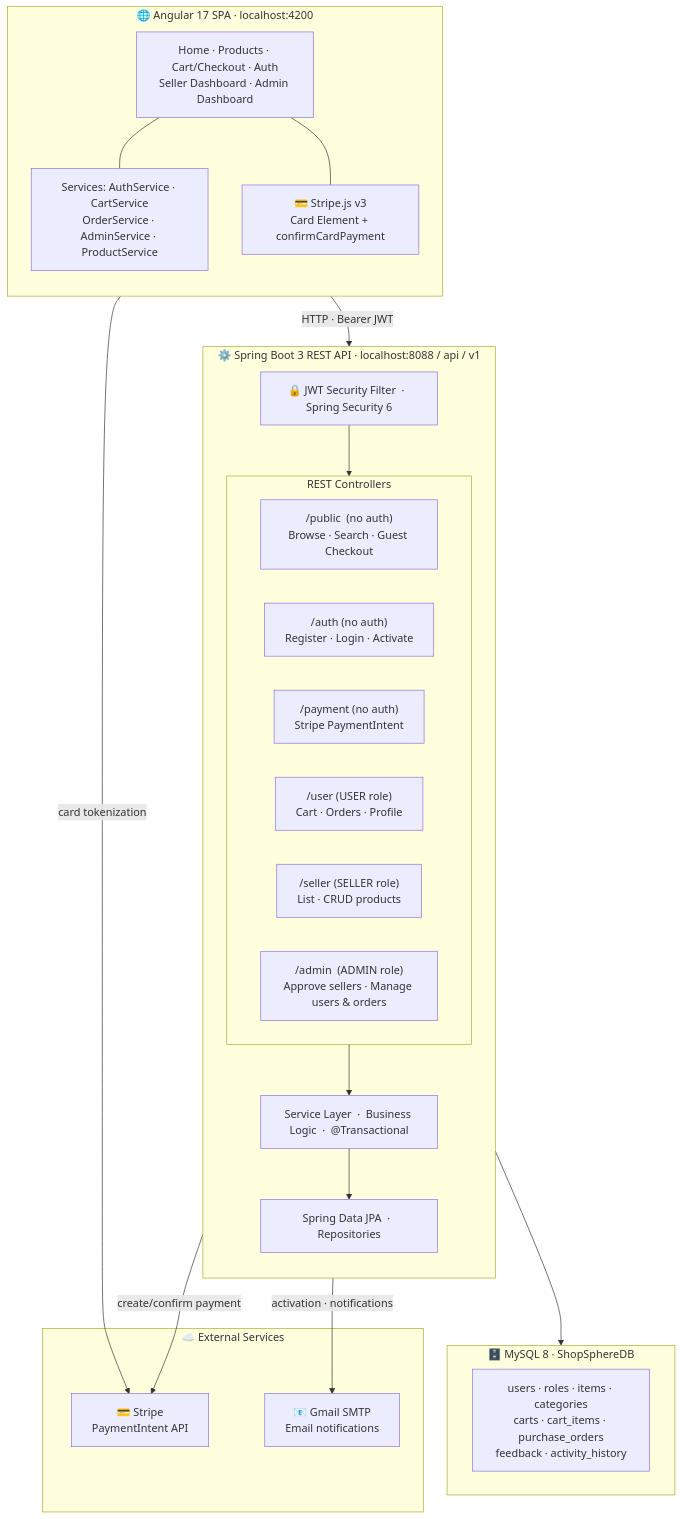
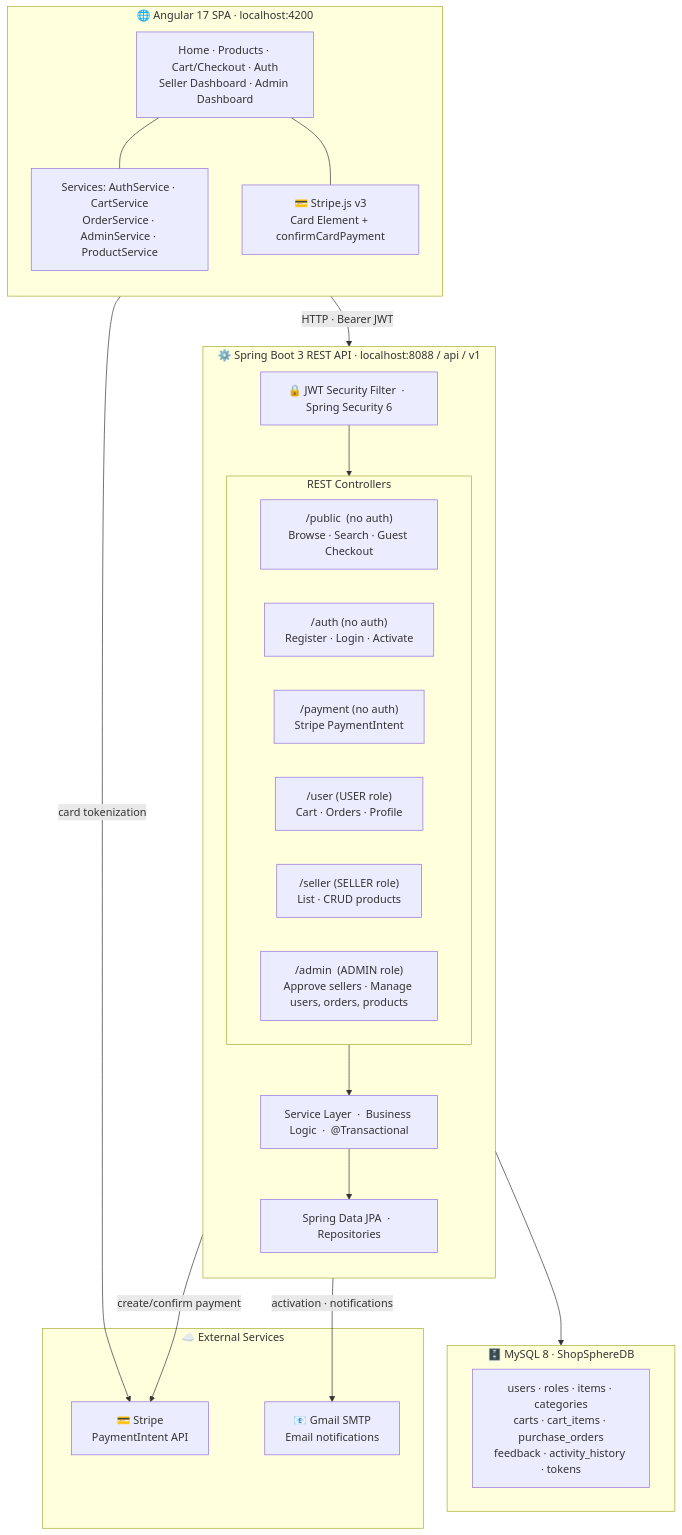
One commit to yosr-fourati/ShopSphere changed the diagram in README.md. Above: the diagram before and after it, drawn with Mermaid. The commit also changed other lines of this file and 5 other files, not shown here.

````diff
--- a/README.md
+++ b/README.md
@@ -27,46 +28,46 @@
 ```mermaid
 flowchart TD
     subgraph Client["🌐 Angular 17 SPA  ·  localhost:4200"]
         direction TB
         Pages["Home · Products · Cart/Checkout · Auth\nSeller Dashboard · Admin Dashboard"]
         StripeJS["💳 Stripe.js v3\nCard Element + confirmCardPayment"]
         Services["Services: AuthService · CartService\nOrderService · AdminService · ProductService"]
         Pages --- Services
         Pages --- StripeJS
     end
 
     subgraph API["⚙️ Spring Boot 3 REST API  ·  localhost:8088 / api / v1"]
         direction TB
         Security["🔒 JWT Security Filter  ·  Spring Security 6"]
 
         subgraph Endpoints["REST Controllers"]
             Pub["/public  (no auth)\nBrowse · Search · Guest Checkout"]
             Auth["/auth  (no auth)\nRegister · Login · Activate"]
             Pay["/payment  (no auth)\nStripe PaymentIntent"]
             User["/user  (USER role)\nCart · Orders · Profile"]
             Sell["/seller  (SELLER role)\nList · CRUD products"]
-            Adm["/admin  (ADMIN role)\nApprove sellers · Manage users & orders"]
+            Adm["/admin  (ADMIN role)\nApprove sellers · Manage users, orders, products"]
         end
 
         SvcLayer["Service Layer  ·  Business Logic  ·  @Transactional"]
         Repos["Spring Data JPA  ·  Repositories"]
 
         Security --> Endpoints
         Endpoints --> SvcLayer --> Repos
     end
 
     subgraph DB["🗄️ MySQL 8  ·  ShopSphereDB"]
-        Tables["users · roles · items · categories\ncarts · cart_items · purchase_orders\nfeedback · activity_history"]
+        Tables["users · roles · items · categories\ncarts · cart_items · purchase_orders\nfeedback · activity_history · tokens"]
     end
 
     subgraph External["☁️ External Services"]
         StripeAPI["💳 Stripe\nPaymentIntent API"]
         Gmail["📧 Gmail SMTP\nEmail notifications"]
     end
 
     Client -- "HTTP · Bearer JWT" --> API
     Repos --> DB
     SvcLayer -- "create/confirm payment" --> StripeAPI
     SvcLayer -- "activation · notifications" --> Gmail
     StripeJS -- "card tokenization" --> StripeAPI
 ```
````
